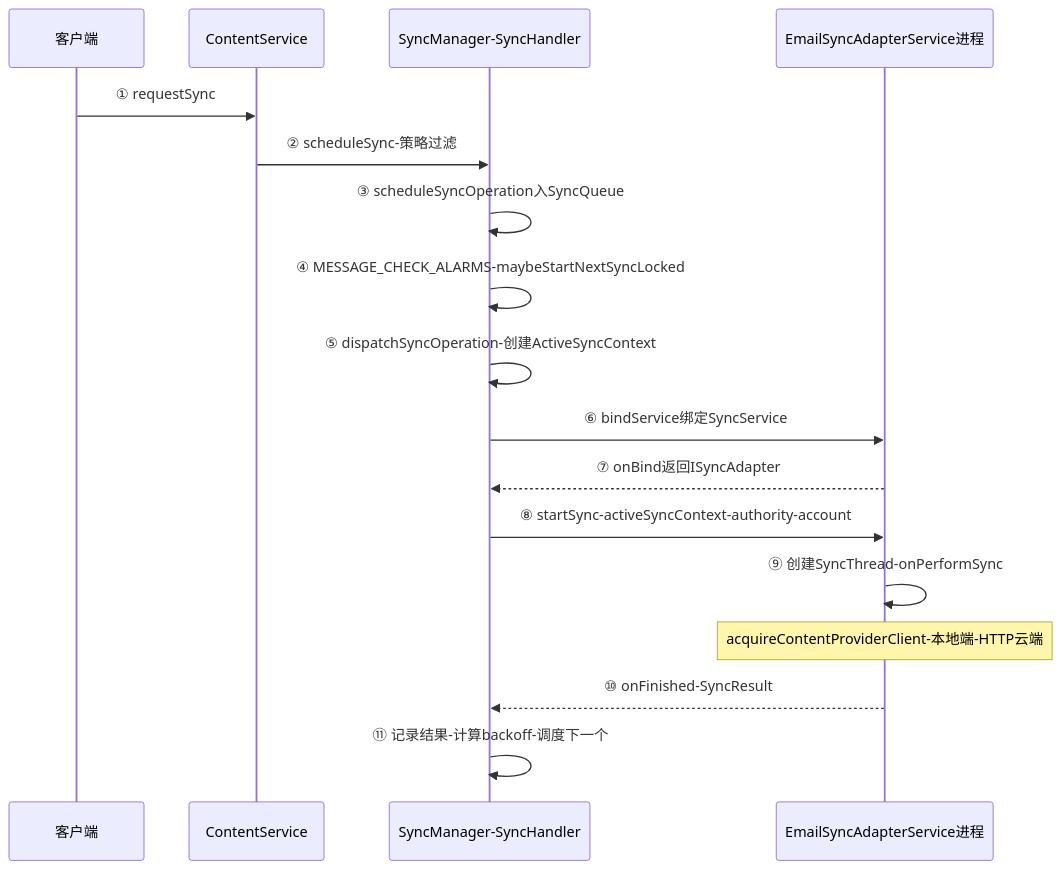
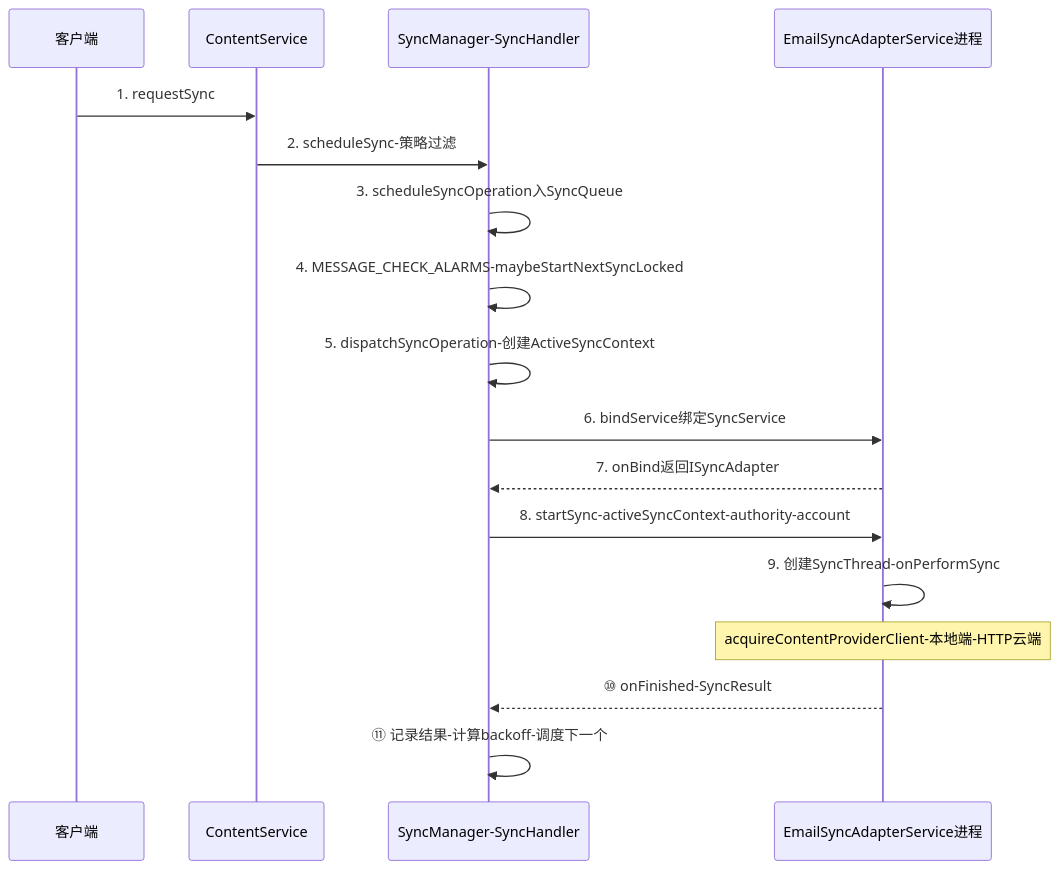
One commit to coswit/coswit.github.io changed the tenth of 10 diagrams in Android/深入理解Android卷II/07-深入理解ContentService和AccountManagerService.md. Above: the diagram before and after it, drawn with Mermaid. The commit also changed other lines of this file and 15 other files, not shown here.

````diff
--- a/Android/深入理解Android卷II/07-深入理解ContentService和AccountManagerService.md
+++ b/Android/深入理解Android卷II/07-深入理解ContentService和AccountManagerService.md
@@ -1553,19 +1561,19 @@
 ```mermaid
 sequenceDiagram
     participant App as 客户端
     participant CS as ContentService
     participant SM as SyncManager-SyncHandler
     participant SA as EmailSyncAdapterService进程
-    App->>CS: ① requestSync
-    CS->>SM: ② scheduleSync-策略过滤
-    SM->>SM: ③ scheduleSyncOperation入SyncQueue
-    SM->>SM: ④ MESSAGE_CHECK_ALARMS-maybeStartNextSyncLocked
-    SM->>SM: ⑤ dispatchSyncOperation-创建ActiveSyncContext
-    SM->>SA: ⑥ bindService绑定SyncService
-    SA-->>SM: ⑦ onBind返回ISyncAdapter
-    SM->>SA: ⑧ startSync-activeSyncContext-authority-account
-    SA->>SA: ⑨ 创建SyncThread-onPerformSync
+    App->>CS: 1. requestSync
+    CS->>SM: 2. scheduleSync-策略过滤
+    SM->>SM: 3. scheduleSyncOperation入SyncQueue
+    SM->>SM: 4. MESSAGE_CHECK_ALARMS-maybeStartNextSyncLocked
+    SM->>SM: 5. dispatchSyncOperation-创建ActiveSyncContext
+    SM->>SA: 6. bindService绑定SyncService
+    SA-->>SM: 7. onBind返回ISyncAdapter
+    SM->>SA: 8. startSync-activeSyncContext-authority-account
+    SA->>SA: 9. 创建SyncThread-onPerformSync
     Note over SA: acquireContentProviderClient-本地端-HTTP云端
     SA-->>SM: ⑩ onFinished-SyncResult
     SM->>SM: ⑪ 记录结果-计算backoff-调度下一个
 ```
````
